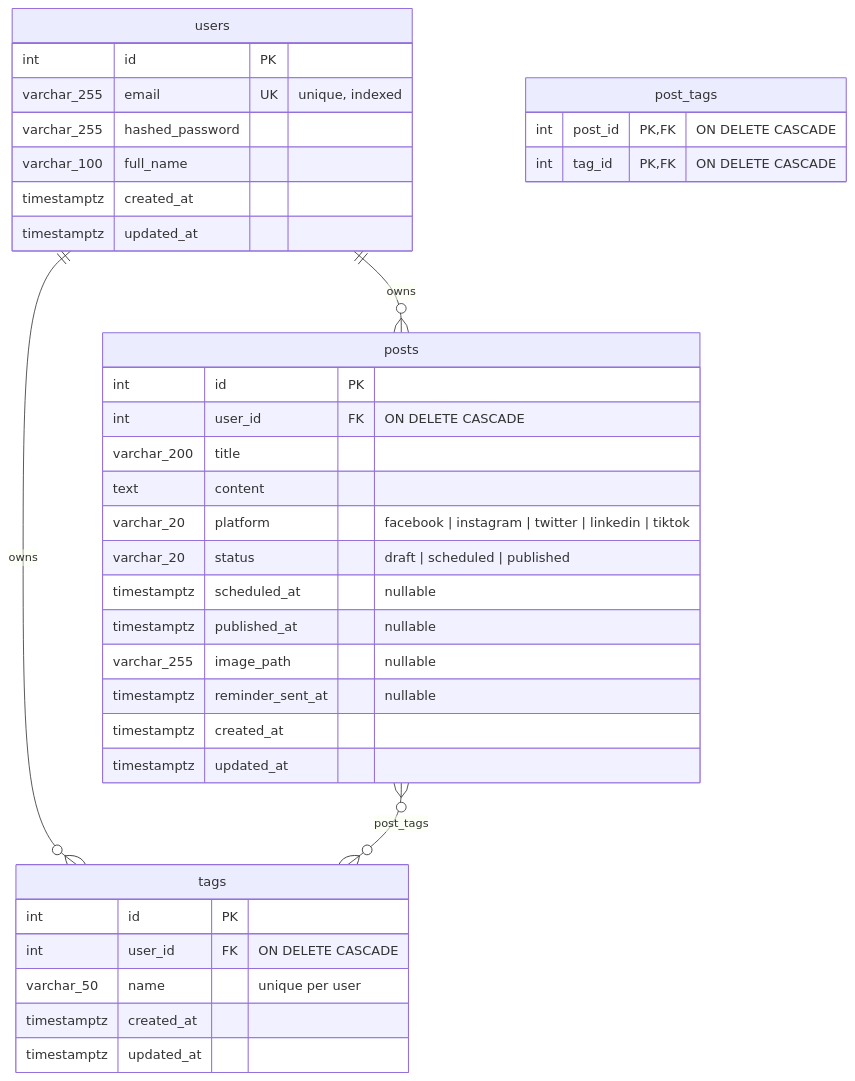
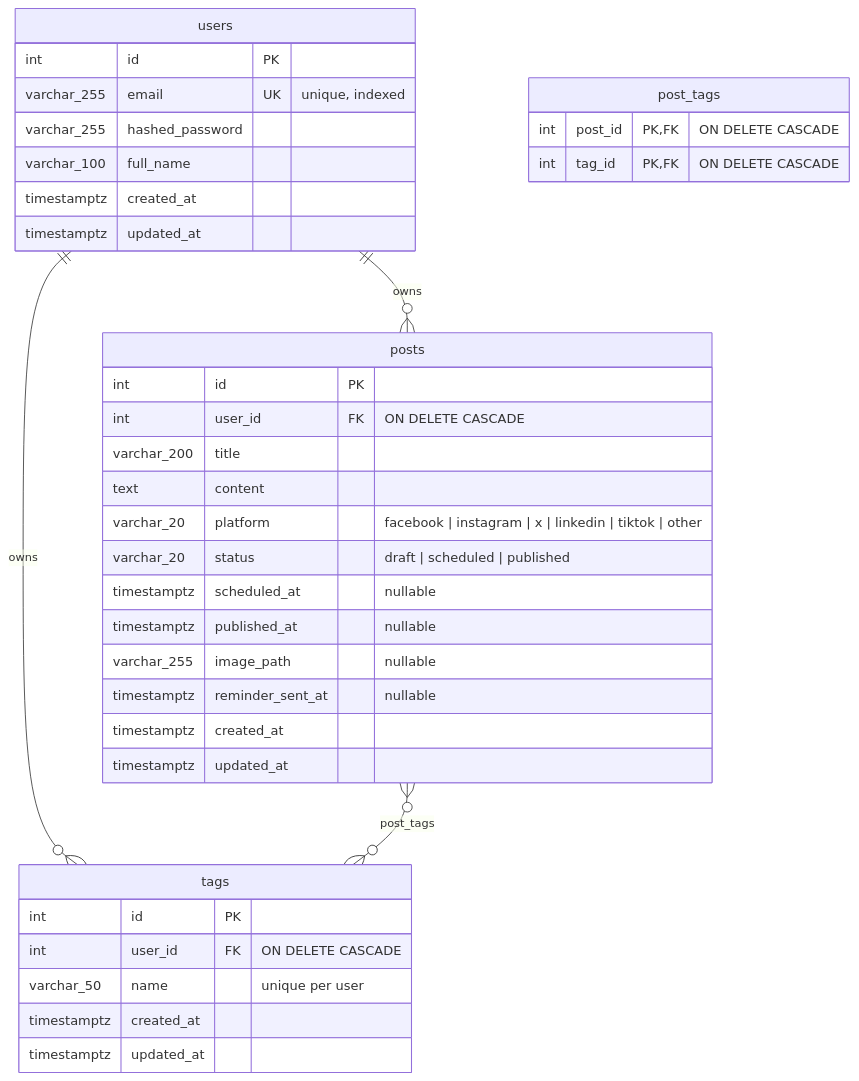
Before and after one commit to AMirandaCodes/NextPost: the diagram in docs/database-schema.md, drawn with Mermaid. The commit also changed 22 other files, not shown here.

````diff
--- a/docs/database-schema.md
+++ b/docs/database-schema.md
@@ -5,43 +5,43 @@
 ```mermaid
 erDiagram
     users ||--o{ posts : "owns"
     users ||--o{ tags : "owns"
     posts }o--o{ tags : "post_tags"
 
     users {
         int id PK
         varchar_255 email UK "unique, indexed"
         varchar_255 hashed_password
         varchar_100 full_name
         timestamptz created_at
         timestamptz updated_at
     }
 
     posts {
         int id PK
         int user_id FK "ON DELETE CASCADE"
         varchar_200 title
         text content
-        varchar_20 platform "facebook | instagram | twitter | linkedin | tiktok"
+        varchar_20 platform "facebook | instagram | x | linkedin | tiktok | other"
         varchar_20 status "draft | scheduled | published"
         timestamptz scheduled_at "nullable"
         timestamptz published_at "nullable"
         varchar_255 image_path "nullable"
         timestamptz reminder_sent_at "nullable"
         timestamptz created_at
         timestamptz updated_at
     }
 
     tags {
         int id PK
         int user_id FK "ON DELETE CASCADE"
         varchar_50 name "unique per user"
         timestamptz created_at
         timestamptz updated_at
     }
 
     post_tags {
         int post_id PK, FK "ON DELETE CASCADE"
         int tag_id PK, FK "ON DELETE CASCADE"
     }
 ```
````
